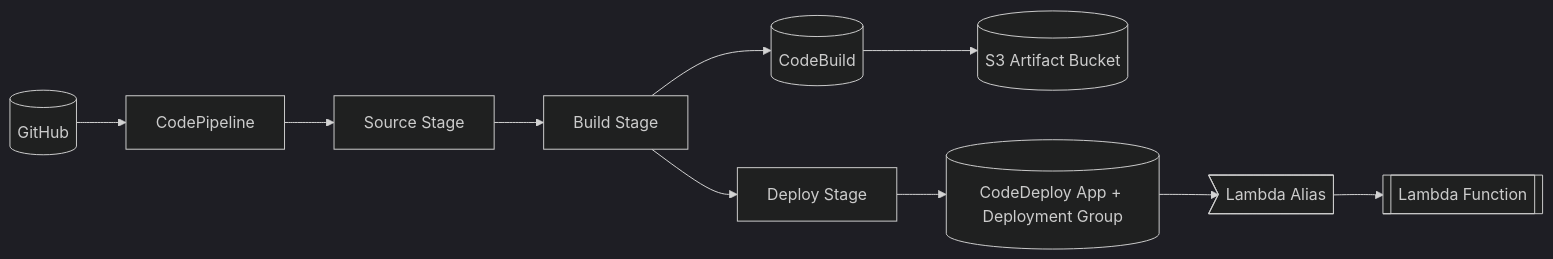
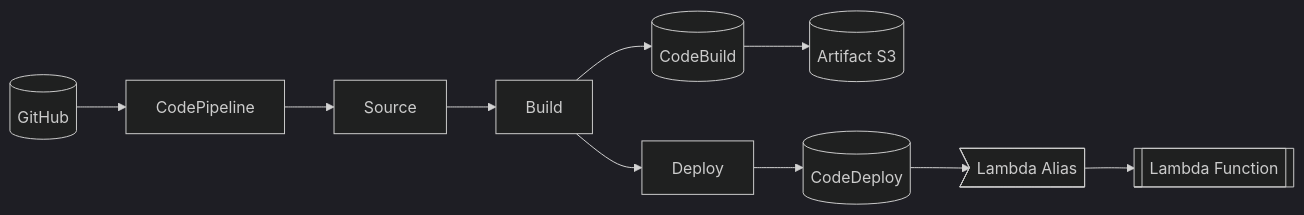
One commit to koichihatakeyama/python_Terraform_CICD_repo changed the first of 2 diagrams in README.md. Above: the diagram before and after it, drawn with Mermaid (dark theme). The commit also changed other lines of this file, not shown here.

````diff
--- a/README.md
+++ b/README.md
@@ -27,12 +88,12 @@
 ```mermaid
 flowchart LR
-  GitHub[(GitHub)] --> CodePipeline[CodePipeline]
-  CodePipeline --> SourceStage[Source Stage]
-  SourceStage --> BuildStage[Build Stage]
-  BuildStage --> CodeBuild[(CodeBuild)]
-  CodeBuild --> ArtifactS3[(S3 Artifact Bucket)]
-  BuildStage --> DeployStage[Deploy Stage]
-  DeployStage --> CodeDeploy[(CodeDeploy App + Deployment Group)]
-  CodeDeploy --> LambdaAlias>Lambda Alias]
-  LambdaAlias --> LambdaFunction[[Lambda Function]]
+     GitHub[(GitHub)] --> CodePipeline[CodePipeline]
+     CodePipeline --> SourceStage[Source]
+     SourceStage --> BuildStage[Build]
+     BuildStage --> CodeBuild[(CodeBuild)]
+     CodeBuild --> ArtifactS3[(Artifact S3)]
+     BuildStage --> DeployStage[Deploy]
+     DeployStage --> CodeDeploy[(CodeDeploy)]
+     CodeDeploy --> LambdaAlias>Lambda Alias]
+     LambdaAlias --> LambdaFunction[[Lambda Function]]
 ```
````
